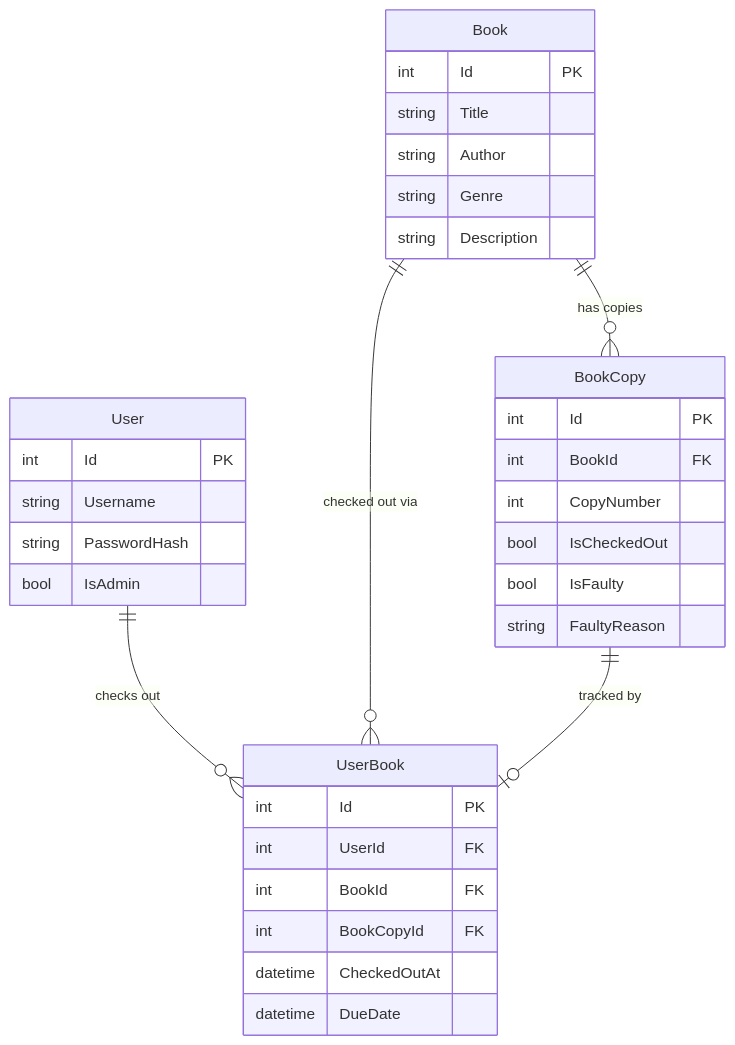
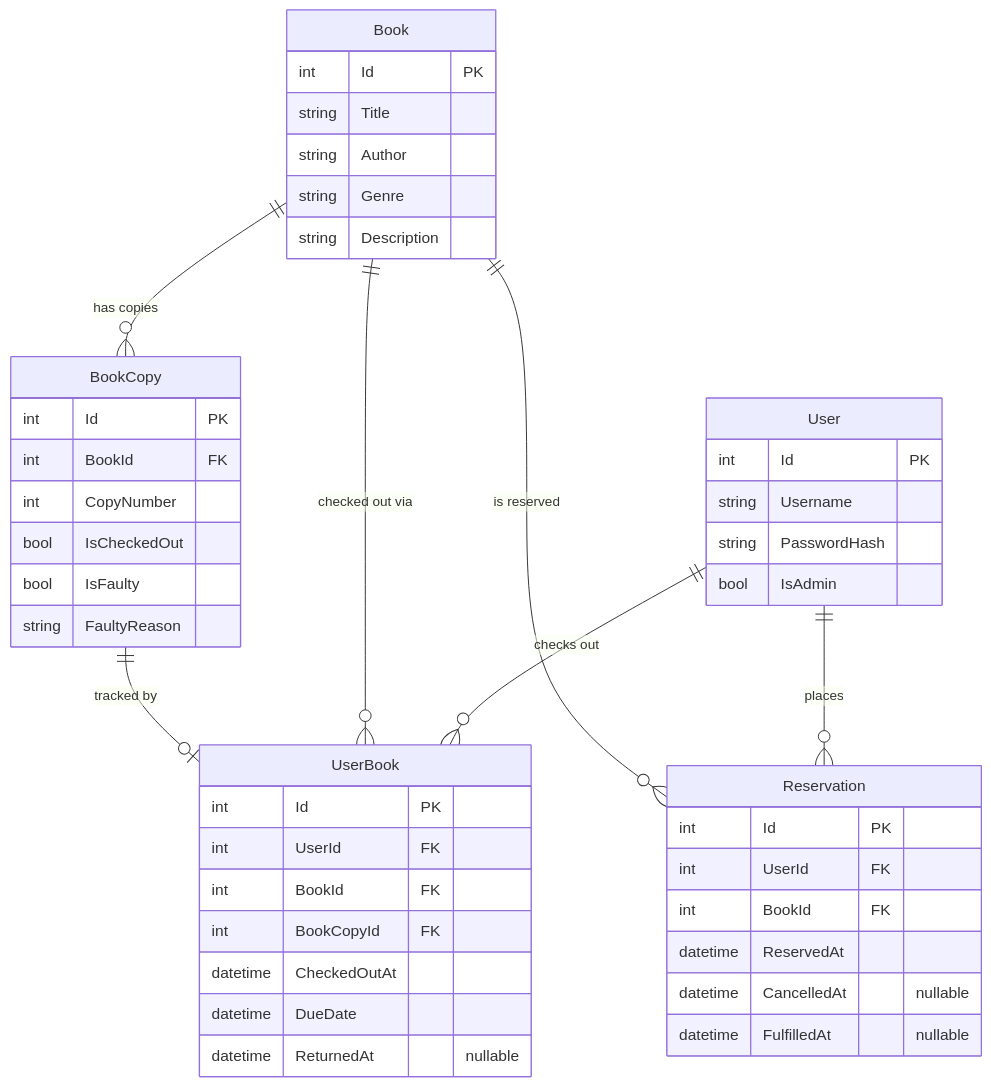
Before and after one commit to wasiddiqui-glitch/Adalfi_Practice: the diagram in library-management-system/ERD.md, drawn with Mermaid. The commit also changed 47 other files, not shown here.

````diff
--- a/library-management-system/ERD.md
+++ b/library-management-system/ERD.md
@@ -1,40 +1,52 @@
 ```mermaid
 erDiagram
     User {
         int Id PK
         string Username
         string PasswordHash
         bool IsAdmin
     }
-
+    
     Book {
         int Id PK
         string Title
         string Author
         string Genre
         string Description
     }
 
     BookCopy {
         int Id PK
         int BookId FK
         int CopyNumber
         bool IsCheckedOut
         bool IsFaulty
         string FaultyReason
     }
 
     UserBook {
         int Id PK
         int UserId FK
         int BookId FK
         int BookCopyId FK
         datetime CheckedOutAt
         datetime DueDate
+        datetime ReturnedAt "nullable"
+    }
+
+    Reservation {
+        int Id PK
+        int UserId FK
+        int BookId FK
+        datetime ReservedAt
+        datetime CancelledAt "nullable"
+        datetime FulfilledAt "nullable"
     }
 
     User ||--o{ UserBook : "checks out"
     Book ||--o{ BookCopy : "has copies"
     Book ||--o{ UserBook : "checked out via"
     BookCopy ||--o| UserBook : "tracked by"
+    User ||--o{ Reservation : "places"
+    Book ||--o{ Reservation : "is reserved"
 ```
````
